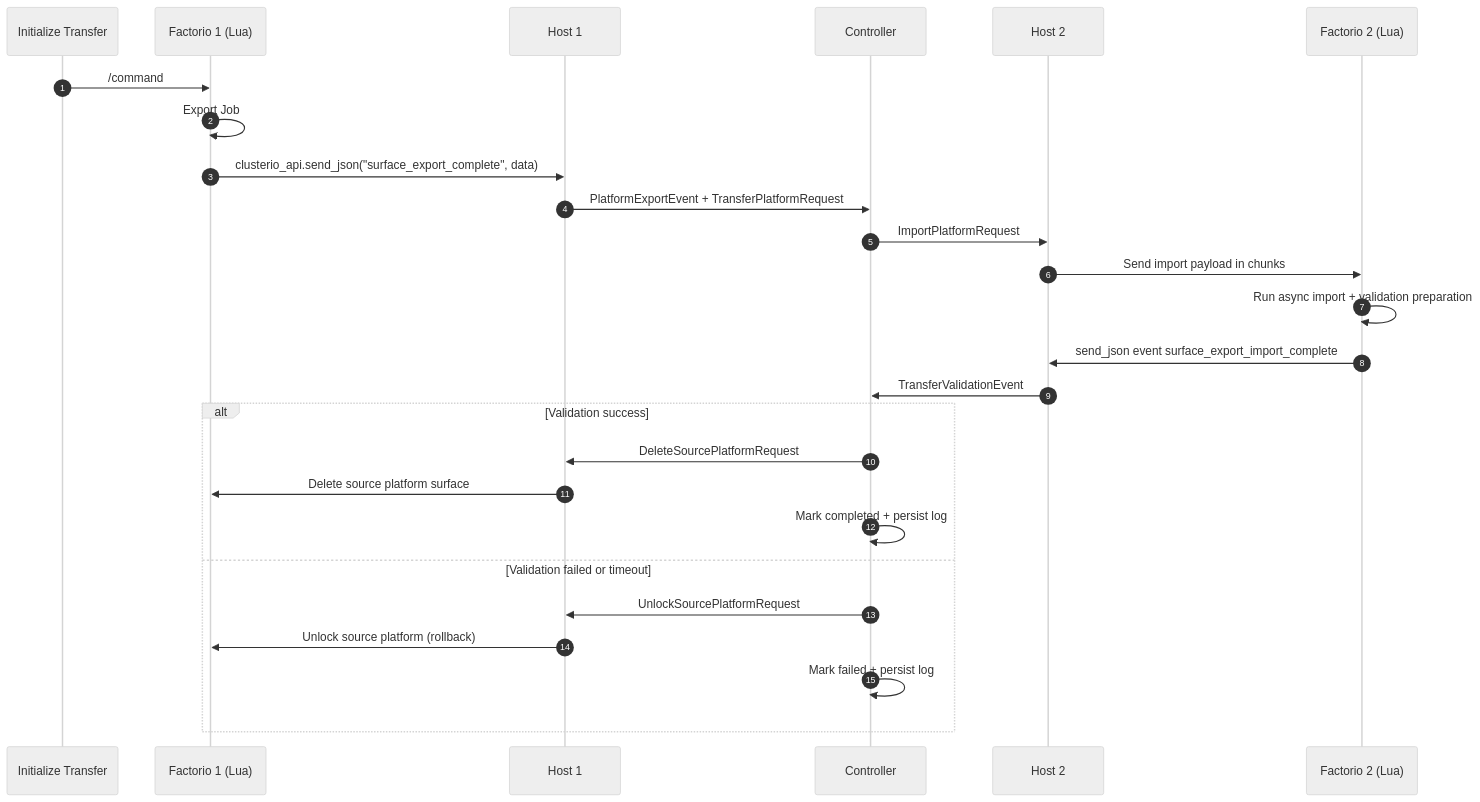
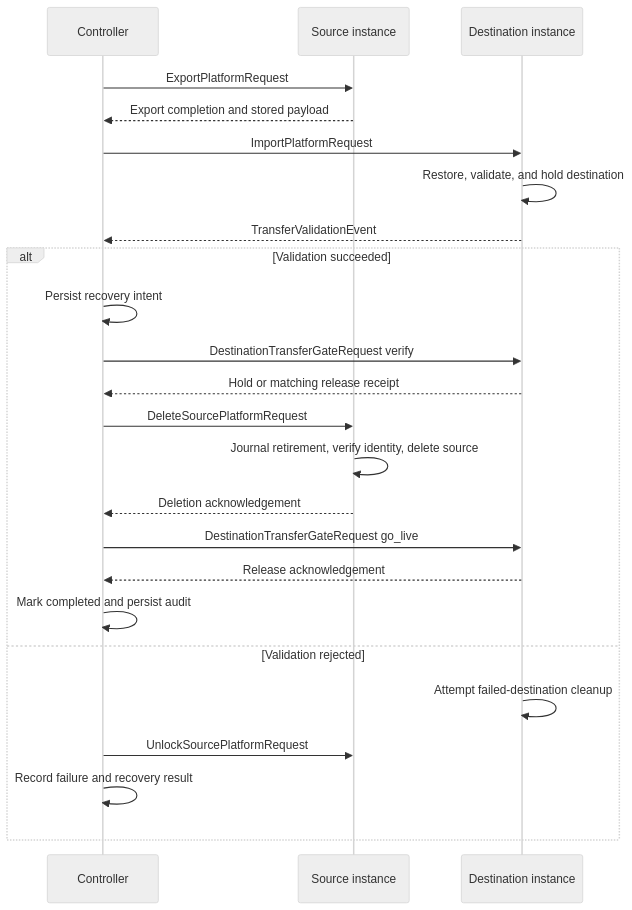
The diagram in docs/EXPORT_IMPORT_FLOW.md (solarcloud7/clusterio-surface-export), drawn with Mermaid (neutral theme) before and after one commit. The commit also changed other lines of this file and 95 other files, not shown here.

````diff
--- a/docs/EXPORT_IMPORT_FLOW.md
+++ b/docs/EXPORT_IMPORT_FLOW.md
@@ -29,30 +28,26 @@
 ```mermaid
 sequenceDiagram
-autonumber
-participant U as Initialize Transfer
-participant SF as Factorio 1 (Lua)
-participant SI as Host 1
 participant C as Controller
-participant DI as Host 2
-participant DF as Factorio 2 (Lua)
-
-U->>SF: /command
-SF->>SF: Export Job
-SF->>SI: clusterio_api.send_json("surface_export_complete", data)
-SI->>C:  PlatformExportEvent + TransferPlatformRequest
-C->>DI: ImportPlatformRequest
-DI->>DF: Send import payload in chunks
-DF->>DF: Run async import + validation preparation
-DF->>DI: send_json event surface_export_import_complete
-DI->>C: TransferValidationEvent
-
-alt Validation success
-  C->>SI: DeleteSourcePlatformRequest
-  SI->>SF: Delete source platform surface
-  C->>C: Mark completed + persist log
-else Validation failed or timeout
-  C->>SI: UnlockSourcePlatformRequest
-  SI->>SF: Unlock source platform (rollback)
-  C->>C: Mark failed + persist log
+participant S as Source instance
+participant D as Destination instance
+C->>S: ExportPlatformRequest
+S-->>C: Export completion and stored payload
+C->>D: ImportPlatformRequest
+D->>D: Restore, validate, and hold destination
+D-->>C: TransferValidationEvent
+alt Validation succeeded
+  C->>C: Persist recovery intent
+  C->>D: DestinationTransferGateRequest verify
+  D-->>C: Hold or matching release receipt
+  C->>S: DeleteSourcePlatformRequest
+  S->>S: Journal retirement, verify identity, delete source
+  S-->>C: Deletion acknowledgement
+  C->>D: DestinationTransferGateRequest go_live
+  D-->>C: Release acknowledgement
+  C->>C: Mark completed and persist audit
+else Validation rejected
+  D->>D: Attempt failed-destination cleanup
+  C->>S: UnlockSourcePlatformRequest
+  C->>C: Record failure and recovery result
 end
 ```
````
